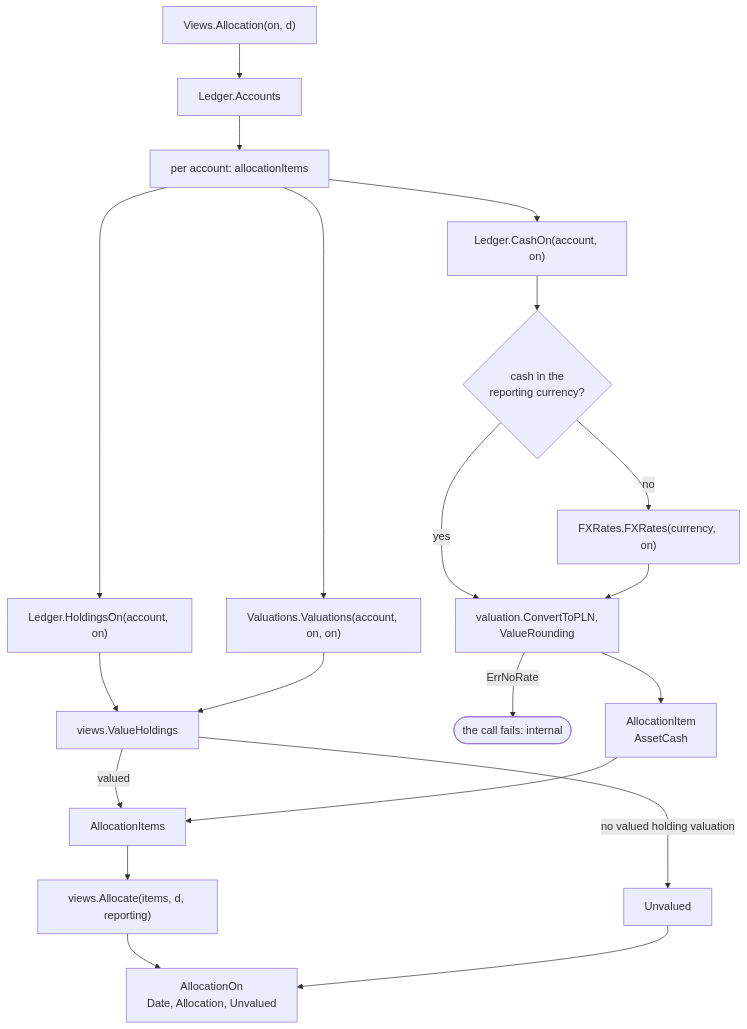
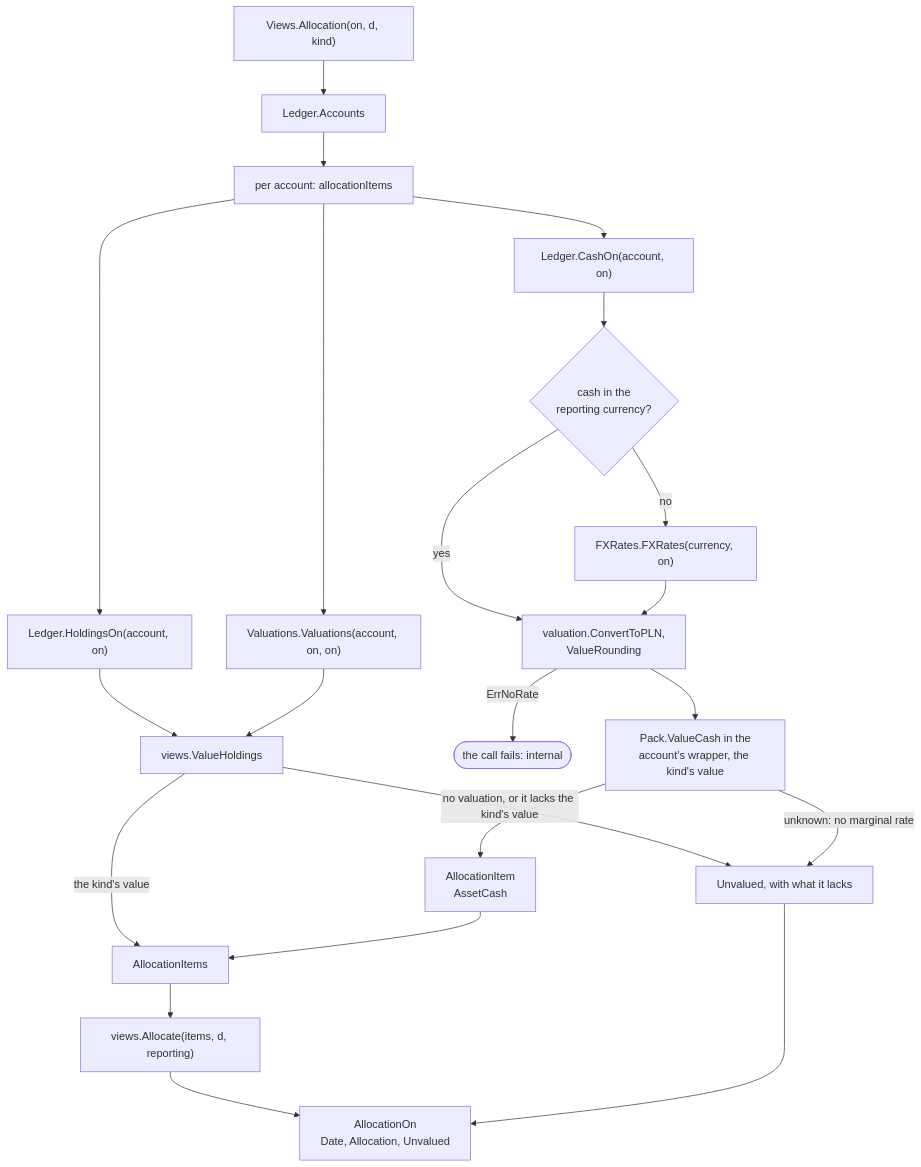
The third of 4 diagrams in docs/concepts/read-api.md (arkadiuss/openfief), drawn with Mermaid before and after one commit. The commit also changed other lines of this file and 185 other files, not shown here.

First line of the commit message:
feat(views): three values, totals with cash and no-longer-updated marks in the read API (D-76, D-77, D-91, D-106, D-113)

````diff
--- a/docs/concepts/read-api.md
+++ b/docs/concepts/read-api.md
@@ -166,21 +172,23 @@
 ```mermaid
 flowchart TD
-  start["Views.Allocation(on, d)"] --> accts["Ledger.Accounts"]
+  start["Views.Allocation(on, d, kind)"] --> accts["Ledger.Accounts"]
   accts --> each["per account: allocationItems"]
   each --> hold["Ledger.HoldingsOn(account, on)"]
   each --> sv["Valuations.Valuations(account, on, on)"]
   hold & sv --> vh["views.ValueHoldings"]
-  vh -- "valued" --> items["AllocationItems"]
-  vh -- "no valued holding valuation" --> unv["Unvalued"]
+  vh -- "the kind's value" --> items["AllocationItems"]
+  vh -- "no valuation, or it lacks the kind's value" --> unv["Unvalued, with what it lacks"]
   each --> cash["Ledger.CashOn(account, on)"]
   cash --> isrep{"cash in the<br/>reporting currency?"}
   isrep -- "yes" --> conv["valuation.ConvertToPLN,<br/>ValueRounding"]
   isrep -- "no" --> rates["FXRates.FXRates(currency, on)"]
   rates --> conv
   conv -- "ErrNoRate" --> fail(["the call fails: internal"])
-  conv --> citem["AllocationItem<br/>AssetCash"]
+  conv --> cv["Pack.ValueCash in the<br/>account's wrapper, the kind's value"]
+  cv -- "unknown: no marginal rate" --> unv
+  cv --> citem["AllocationItem<br/>AssetCash"]
   citem --> items
   items --> alloc["views.Allocate(items, d, reporting)"]
   alloc --> out["AllocationOn<br/>Date, Allocation, Unvalued"]
   unv --> out
 ```
````
